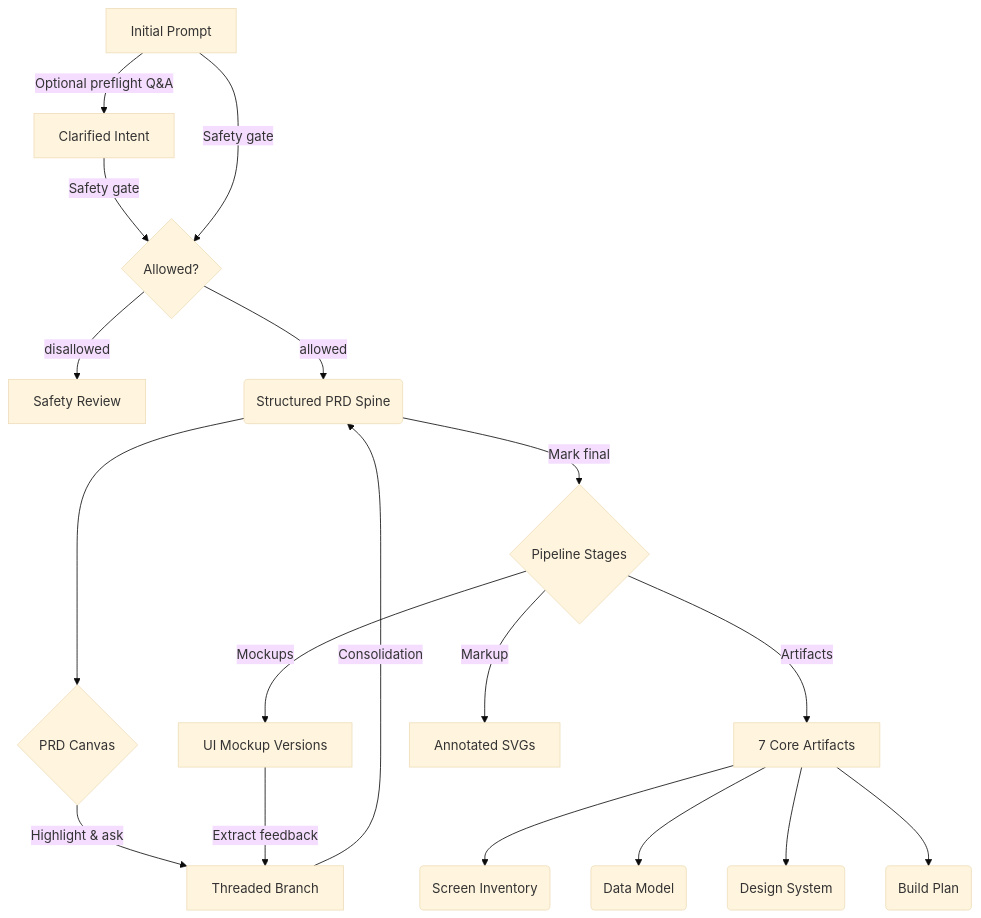
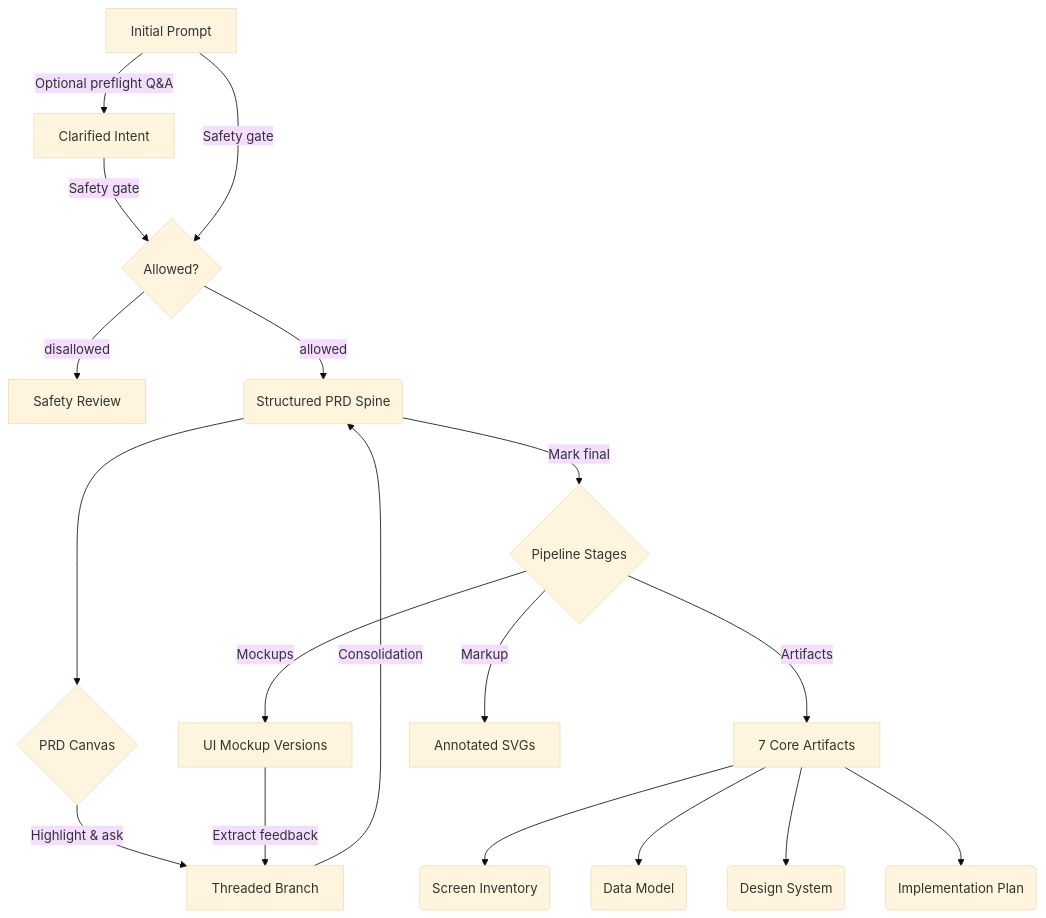
The diagram in README.md (TGALLOWAY1/Synapse), drawn with Mermaid (base theme) before and after one commit. The commit also changed other lines of this file and 4 other files, not shown here.

````diff
--- a/README.md
+++ b/README.md
@@ -303,23 +309,23 @@
 ```mermaid
 graph TD
     A[Initial Prompt] -->|Optional preflight Q&A| P[Clarified Intent]
     P -->|Safety gate| S{Allowed?}
     A -->|Safety gate| S
     S -->|disallowed| R[Safety Review]
     S -->|allowed| B(Structured PRD Spine)
     B --> C{PRD Canvas}
     C -->|Highlight & ask| D[Threaded Branch]
     D -->|Consolidation| B
 
     B -->|Mark final| E{Pipeline Stages}
     E -->|Mockups| F[UI Mockup Versions]
     F -->|Extract feedback| D
 
     E -->|Artifacts| H[7 Core Artifacts]
     E -->|Markup| I[Annotated SVGs]
 
     H --> J(Screen Inventory)
     H --> K(Data Model)
     H --> L(Design System)
-    H --> M(Build Plan)
+    H --> M(Implementation Plan)
 ```
````
